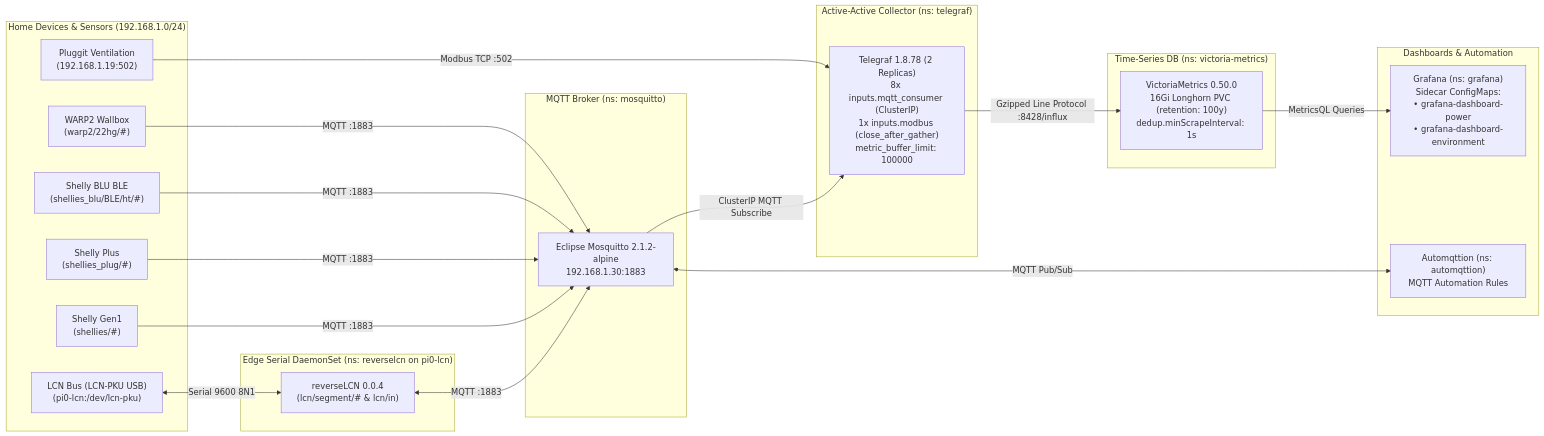
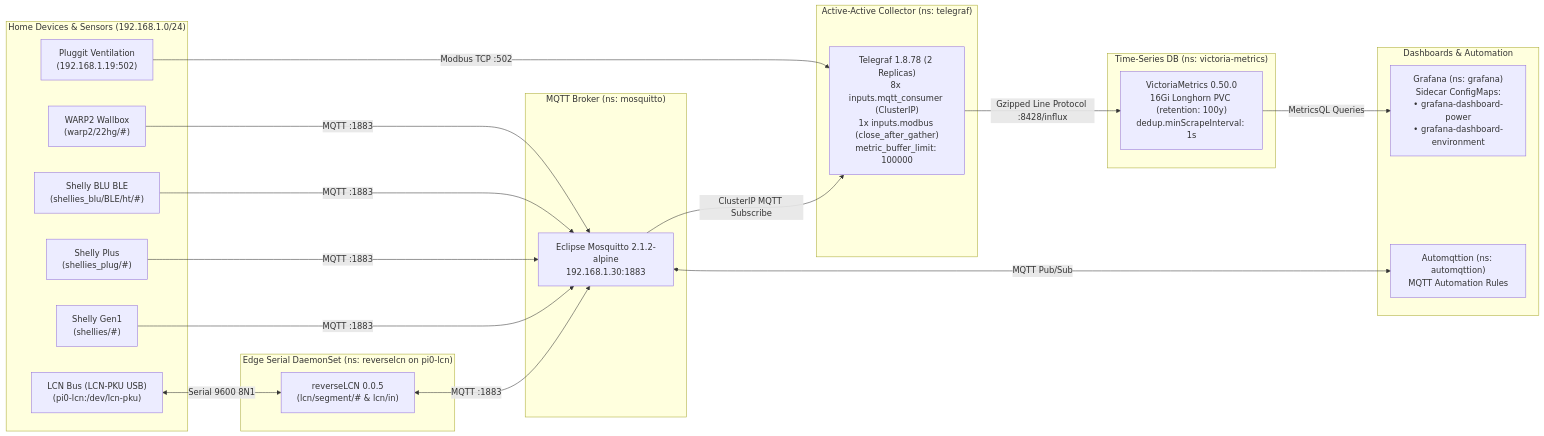
Before and after one commit to MyChaOS87/sloth: the third of 3 diagrams in docs/ARCHITECTURE.md, drawn with Mermaid. The commit also changed other lines of this file and 1 other file, not shown here.

Commit message:
chore(reverselcn): upgrade chart to 0.0.5 (v0.0.4)

````diff
--- a/docs/ARCHITECTURE.md
+++ b/docs/ARCHITECTURE.md
@@ -170,41 +170,41 @@
 ```mermaid
 flowchart LR
     subgraph Devices["Home Devices & Sensors (192.168.1.0/24)"]
         S1["Shelly Gen1<br/>(shellies/#)"]
         S2["Shelly Plus<br/>(shellies_plug/#)"]
         S3["Shelly BLU BLE<br/>(shellies_blu/BLE/ht/#)"]
         WB["WARP2 Wallbox<br/>(warp2/22hg/#)"]
         PL["Pluggit Ventilation<br/>(192.168.1.19:502)"]
         LCN["LCN Bus (LCN-PKU USB)<br/>(pi0-lcn:/dev/lcn-pku)"]
     end
 
     subgraph EdgeBridge["Edge Serial DaemonSet (ns: reverselcn on pi0-lcn)"]
-        RLCN["reverseLCN 0.0.4<br/>(lcn/segment/# & lcn/in)"]
+        RLCN["reverseLCN 0.0.5<br/>(lcn/segment/# & lcn/in)"]
     end
 
     subgraph Broker["MQTT Broker (ns: mosquitto)"]
         MQ["Eclipse Mosquitto 2.1.2-alpine<br/>192.168.1.30:1883"]
     end
 
     subgraph Collector["Active-Active Collector (ns: telegraf)"]
         TG["Telegraf 1.8.78 (2 Replicas)<br/>8x inputs.mqtt_consumer (ClusterIP)<br/>1x inputs.modbus (close_after_gather)<br/>metric_buffer_limit: 100000"]
     end
 
     subgraph Storage["Time-Series DB (ns: victoria-metrics)"]
         VM["VictoriaMetrics 0.50.0<br/>16Gi Longhorn PVC (retention: 100y)<br/>dedup.minScrapeInterval: 1s"]
     end
 
     subgraph Visualization["Dashboards & Automation"]
         GF["Grafana (ns: grafana)<br/>Sidecar ConfigMaps:<br/>• grafana-dashboard-power<br/>• grafana-dashboard-environment"]
         AM["Automqttion (ns: automqttion)<br/>MQTT Automation Rules"]
     end
 
     LCN <-->|Serial 9600 8N1| RLCN
     RLCN <-->|MQTT :1883| MQ
     S1 & S2 & S3 & WB -->|MQTT :1883| MQ
     MQ -->|ClusterIP MQTT Subscribe| TG
     MQ <-->|MQTT Pub/Sub| AM
     PL -->|Modbus TCP :502| TG
     TG -->|Gzipped Line Protocol :8428/influx| VM
     VM -->|MetricsQL Queries| GF
 ```
````
